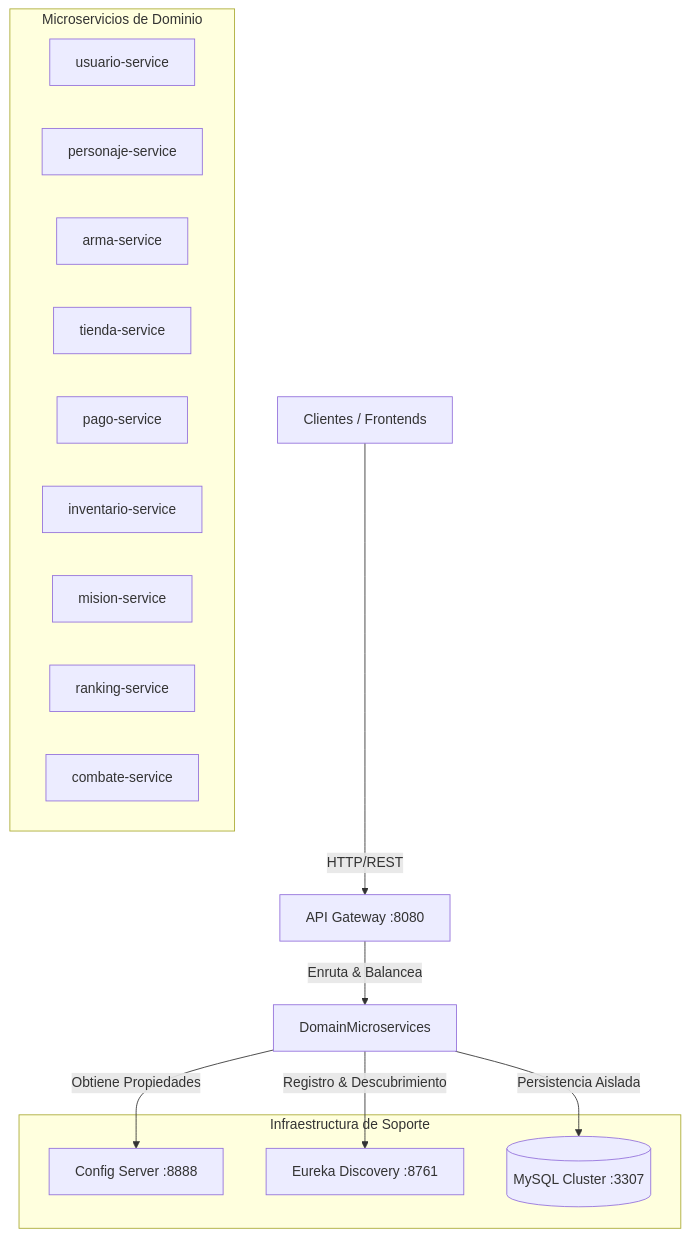
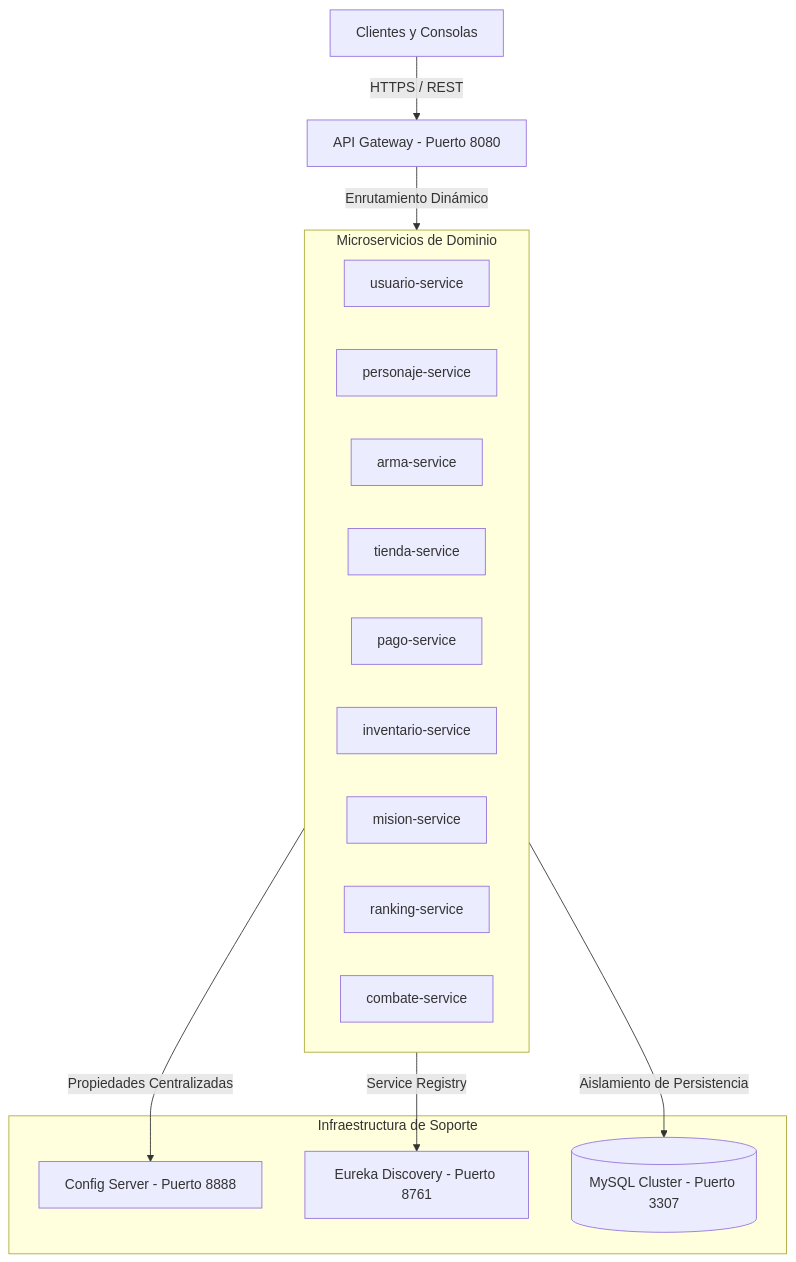
One commit to JvarasDev/VideoJuegoOnline changed the diagram in README.md. Above: the diagram before and after it, drawn with Mermaid. The commit also changed other lines of this file, not shown here.

Commit message:
docs: rewrite README to improve project scope descriptions, architectural definitions, and setup requirements

````diff
--- a/README.md
+++ b/README.md
@@ -33,27 +44,27 @@
 ```mermaid
 graph TD
-    Client[Clientes / Frontends] -->|HTTP/REST| GW[API Gateway :8080]
+    Client[Clientes y Consolas] -->|HTTPS / REST| GW[API Gateway - Puerto 8080]
     
-    subgraph Core Infra [Infraestructura de Soporte]
-        CS[Config Server :8888]
-        EU[Eureka Discovery :8761]
-        DB[(MySQL Cluster :3307)]
+    subgraph Soporte [Infraestructura de Soporte]
+        CS[Config Server - Puerto 8888]
+        EU[Eureka Discovery - Puerto 8761]
+        DB[(MySQL Cluster - Puerto 3307)]
     end
     
-    subgraph Domain Microservices [Microservicios de Dominio]
+    subgraph Dominios [Microservicios de Dominio]
         US[usuario-service]
         PS[personaje-service]
         AS[arma-service]
         TS[tienda-service]
         PAS[pago-service]
         IS[inventario-service]
         MS[mision-service]
         RS[ranking-service]
         COS[combate-service]
     end
 
-    GW -->|Enruta & Balancea| DomainMicroservices
-    DomainMicroservices -->|Registro & Descubrimiento| EU
-    DomainMicroservices -->|Obtiene Propiedades| CS
-    DomainMicroservices -->|Persistencia Aislada| DB
+    GW -->|Enrutamiento Dinámico| Dominios
+    Dominios -->|Service Registry| EU
+    Dominios -->|Propiedades Centralizadas| CS
+    Dominios -->|Aislamiento de Persistencia| DB
 ```
````
